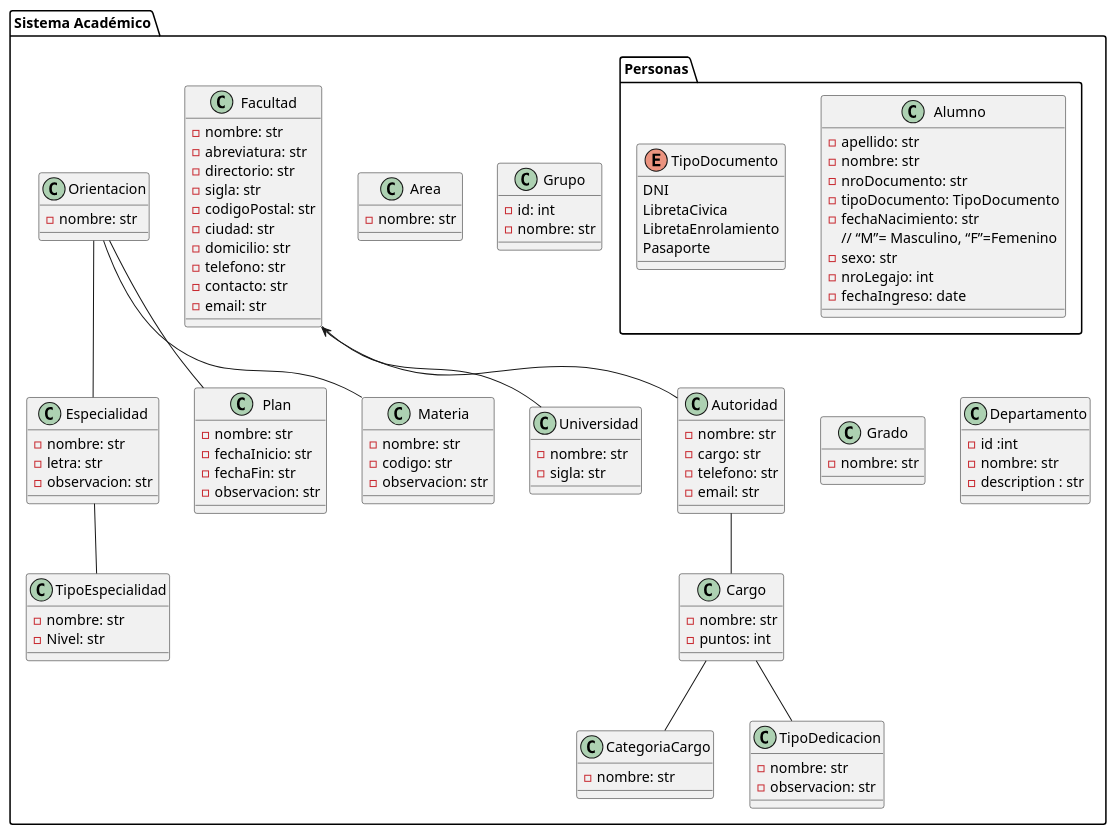
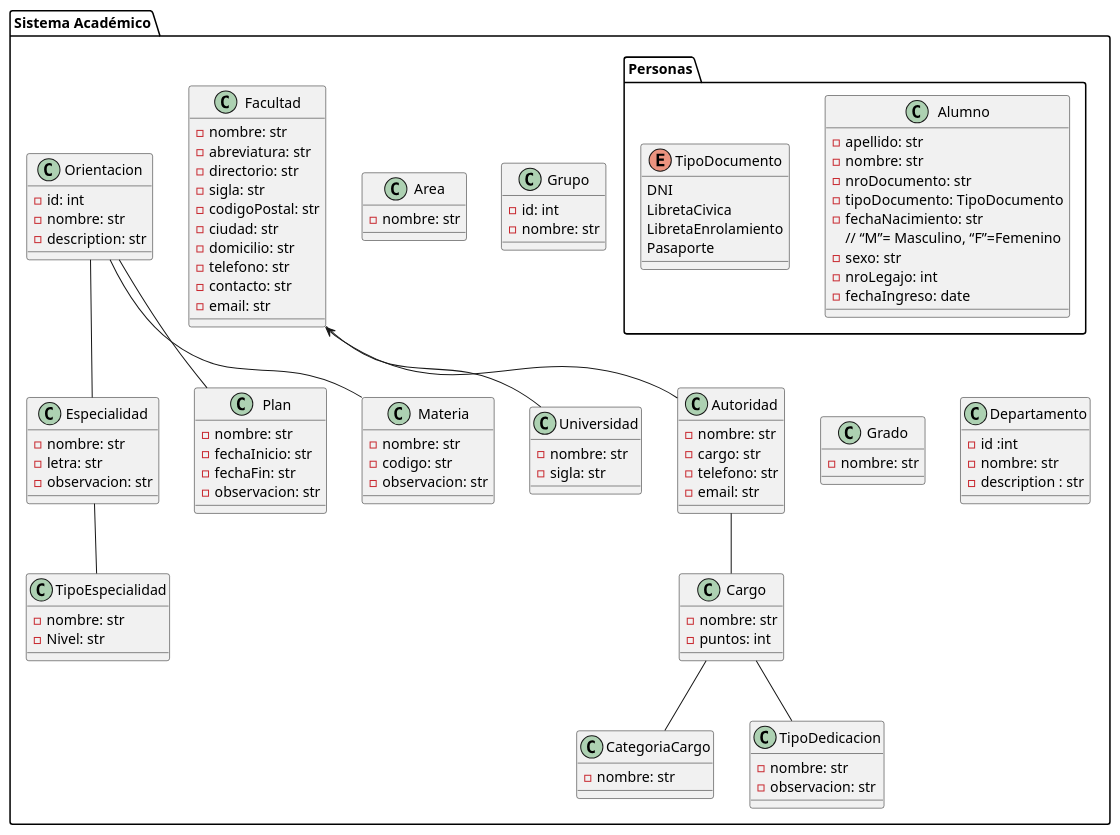
The diagram in app/docs/sysacad_diagrama_de_clases.puml (Juanpa1911/SysAcad2.0), drawn with PlantUML before and after one commit. The commit also changed 1 other file, not shown here.

```diff
--- a/app/docs/sysacad_diagrama_de_clases.puml
+++ b/app/docs/sysacad_diagrama_de_clases.puml
@@ -1,122 +1,124 @@
 @startuml Diagrama de Clases de sysacad
 package "Sistema Académico"{
     package "Personas"{
         class Alumno {
             - apellido: str
             - nombre: str
             - nroDocumento: str
             - tipoDocumento: TipoDocumento
             - fechaNacimiento: str
             // “M”= Masculino, “F”=Femenino
             - sexo: str
             - nroLegajo: int
             - fechaIngreso: date
         }
 
         enum TipoDocumento {
             DNI
             LibretaCivica
             LibretaEnrolamiento
             Pasaporte
         }
     }
 
     class Universidad {
         -nombre: str
         -sigla: str
     }
 
     class Facultad {
         -nombre: str
         -abreviatura: str
         -directorio: str
         -sigla: str
         -codigoPostal: str
         -ciudad: str
         -domicilio: str
         -telefono: str
         -contacto: str
         -email: str
     }
 
     class Autoridad {
         -nombre: str
         -cargo: str
         -telefono: str
         -email: str
     }
 
     class Area {
         - nombre: str
     }
 
     class Especialidad {
         - nombre: str
         - letra: str
         - observacion: str
     }
 
     class TipoEspecialidad {
         - nombre: str
         - Nivel: str
     }
 
     class Grupo {
         - id: int
         - nombre: str
     }
 
     class Plan {
         - nombre: str
         - fechaInicio: str
         - fechaFin: str
         - observacion: str
     }
 
     class Orientacion {
+        - id: int
         - nombre: str
+        - description: str
     }
 
     class Grado {
         - nombre: str
     }
 
     class Cargo {
         - nombre: str
         - puntos: int
         
     }
     
     class CategoriaCargo {
         - nombre: str
     } 
    
     class Materia {
         - nombre: str
         - codigo: str
         - observacion: str
     }
 
     class TipoDedicacion {
         - nombre: str
         - observacion: str
     }
 
     class Departamento {
         - id :int
         - nombre: str
         - description : str
     }
 
 
     Orientacion -- Especialidad
     Orientacion -- Plan
     Orientacion -- Materia
     Especialidad -- TipoEspecialidad
     Facultad <-- Autoridad
     Facultad -- Universidad
     Autoridad -- Cargo
     Cargo -- CategoriaCargo
     Cargo -- TipoDedicacion
 }
 @enduml
```
